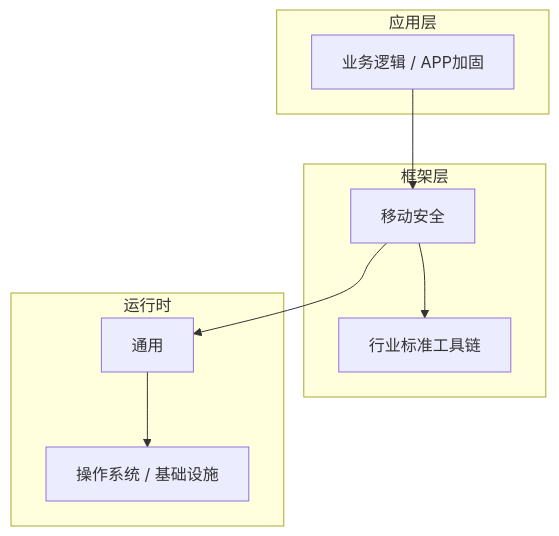
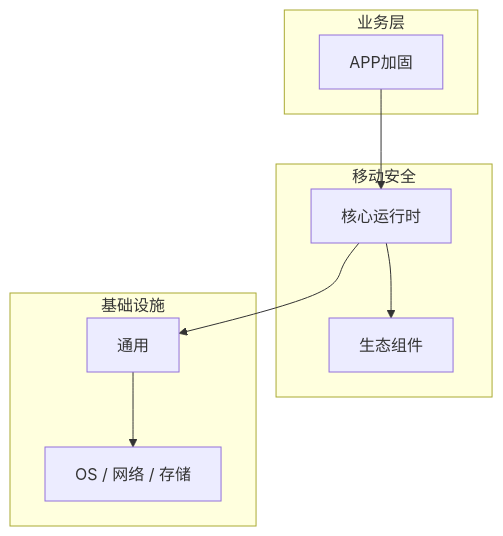
The diagram in articles/移动安全/chapters/025-APP加固核心概念与原理.md (yanggan2015/knowledge-json-v2), drawn with Mermaid before and after one commit. The commit also changed other lines of this file and 10127 other files, not shown here.

````diff
--- a/articles/移动安全/chapters/025-APP加固核心概念与原理.md
+++ b/articles/移动安全/chapters/025-APP加固核心概念与原理.md
@@ -46,18 +31,18 @@
 ```mermaid
 graph TB
-    subgraph 应用层
-        A[业务逻辑 / APP加固]
+    subgraph 业务层
+        A[APP加固]
     end
-    subgraph 框架层
-        B[移动安全]
-        C[行业标准工具链]
+    subgraph 移动安全
+        B[核心运行时]
+        C[生态组件]
     end
-    subgraph 运行时
+    subgraph 基础设施
         D[通用]
-        E[操作系统 / 基础设施]
+        E[OS / 网络 / 存储]
     end
     A --> B
     B --> C
     B --> D
     D --> E
 ```
````
